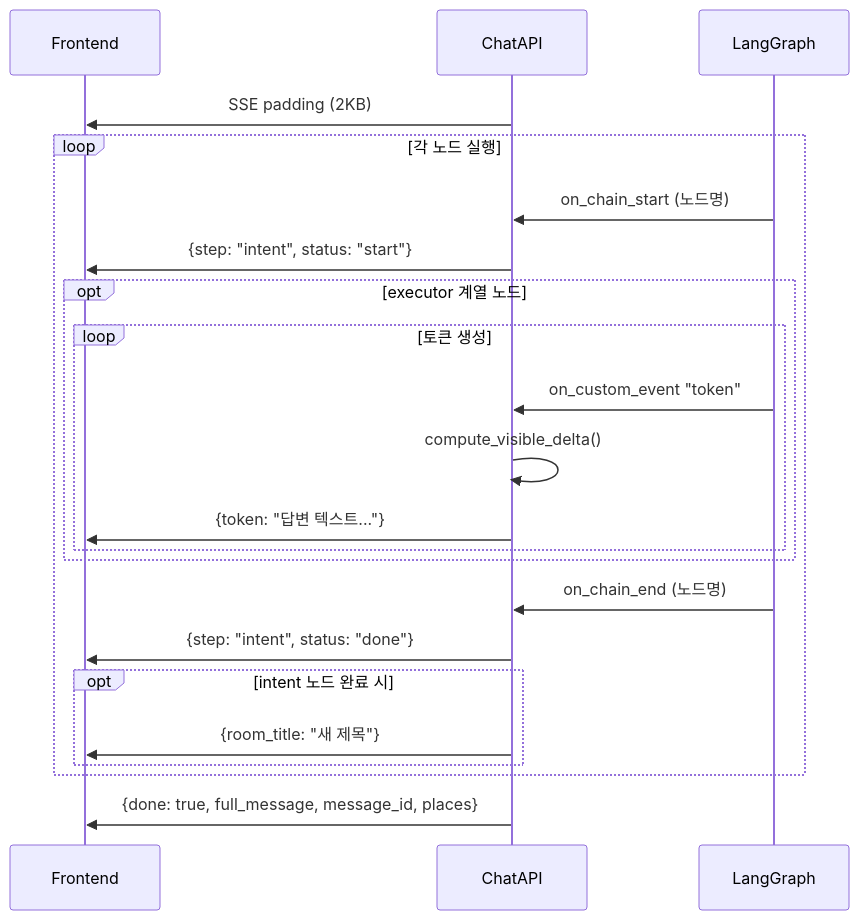
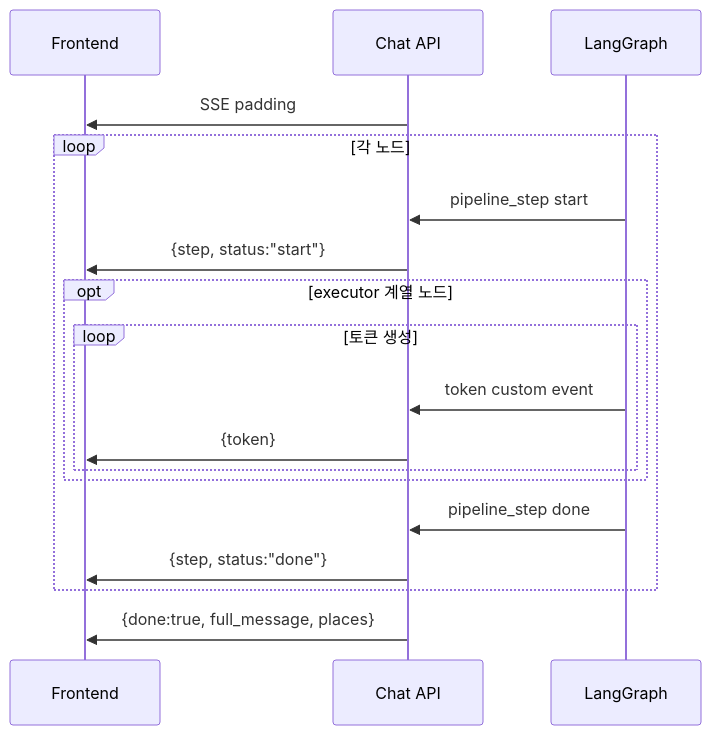
The ninth of 9 diagrams in docs/agent_sequence_diagrams.md (SKNETWORKS-FAMILY-AICAMP/SKN21-FINAL-2Team), drawn with Mermaid before and after one commit. The commit also changed other lines of this file and 6 other files, not shown here.

````diff
--- a/docs/agent_sequence_diagrams.md
+++ b/docs/agent_sequence_diagrams.md
@@ -425,30 +348,25 @@
 ```mermaid
 sequenceDiagram
     participant FE as Frontend
-    participant API as ChatAPI
+    participant API as Chat API
     participant Graph as LangGraph
 
-    API->>FE: SSE padding (2KB)
-    
-    loop 각 노드 실행
-        Graph->>API: on_chain_start (노드명)
-        API->>FE: {step: "intent", status: "start"}
-        
+    API->>FE: SSE padding
+
+    loop 각 노드
+        Graph->>API: pipeline_step start
+        API->>FE: {step, status:"start"}
+
         opt executor 계열 노드
             loop 토큰 생성
-                Graph->>API: on_custom_event "token"
-                API->>API: compute_visible_delta()
-                API->>FE: {token: "답변 텍스트..."}
+                Graph->>API: token custom event
+                API->>FE: {token}
             end
         end
 
-        Graph->>API: on_chain_end (노드명)
-        API->>FE: {step: "intent", status: "done"}
-        
-        opt intent 노드 완료 시
-            API->>FE: {room_title: "새 제목"}
-        end
+        Graph->>API: pipeline_step done
+        API->>FE: {step, status:"done"}
     end
 
-    API->>FE: {done: true, full_message, message_id, places}
+    API->>FE: {done:true, full_message, places}
 ```
````
